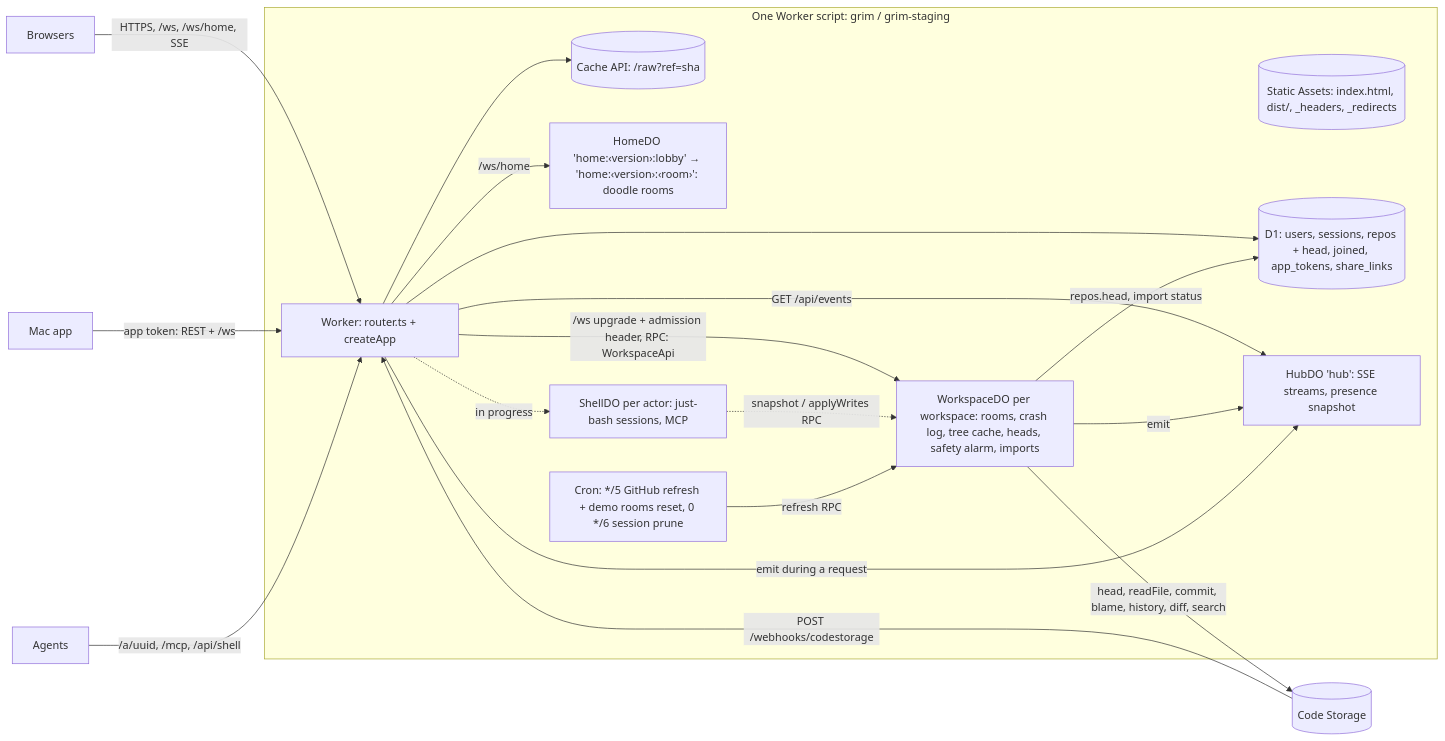
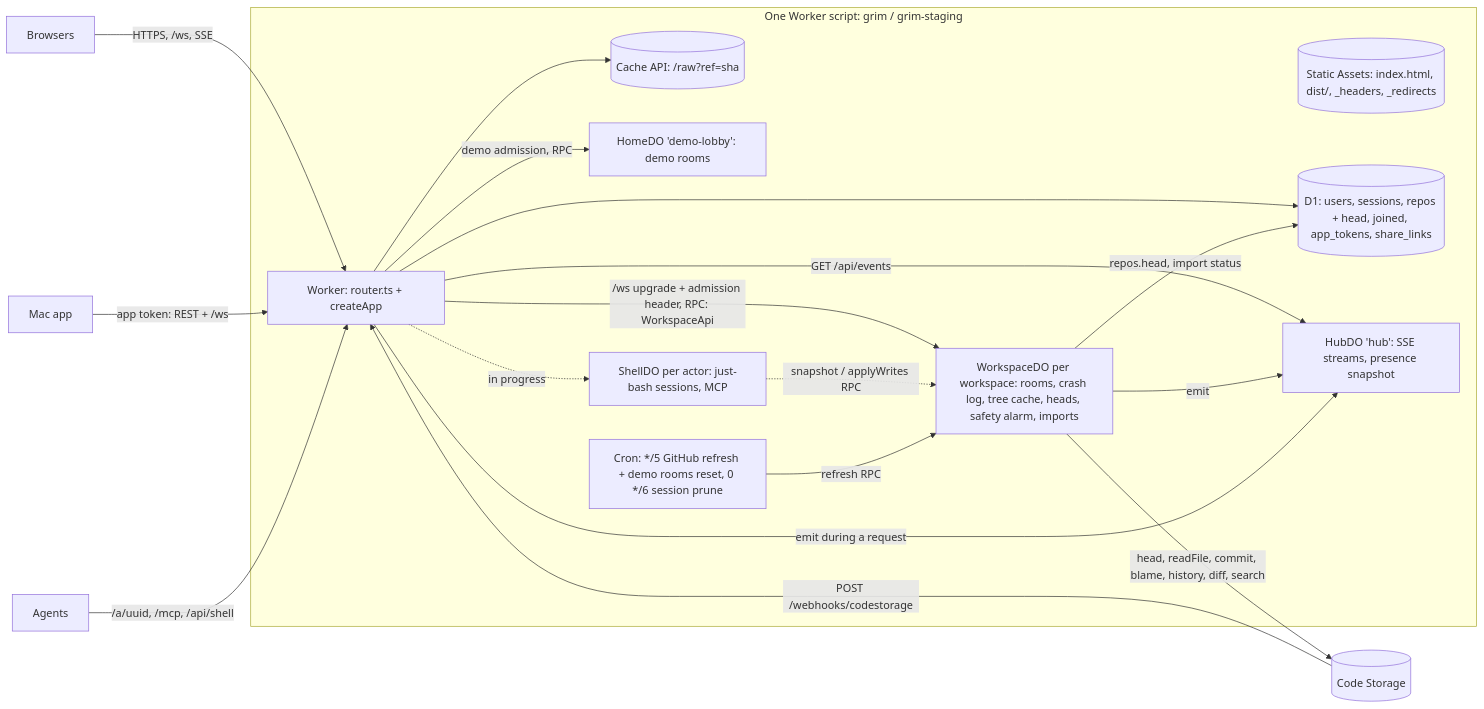
The diagram in docs/06-cloudflare.md (anomalyco/grim), drawn with Mermaid before and after one commit. The commit also changed other lines of this file and 37 other files, not shown here.

````diff
--- a/docs/06-cloudflare.md
+++ b/docs/06-cloudflare.md
@@ -24,25 +24,25 @@
 ```mermaid
 flowchart LR
-  B[Browsers] -->|HTTPS, /ws, /ws/home, SSE| W
+  B[Browsers] -->|HTTPS, /ws, SSE| W
   M[Mac app] -->|app token: REST + /ws| W
   A[Agents] -->|/a/uuid, /mcp, /api/shell| W
   CS[(Code Storage)] -->|POST /webhooks/codestorage| W
 
   subgraph CF[One Worker script: grim / grim-staging]
     SA[(Static Assets: index.html, dist/, _headers, _redirects)]
     W[Worker: router.ts + createApp]
     W --> C[(Cache API: /raw?ref=sha)]
     W --> D1[(D1: users, sessions, repos + head, joined, app_tokens, share_links)]
     W -->|/ws upgrade + admission header, RPC: WorkspaceApi| WS[WorkspaceDO per workspace: rooms, crash log, tree cache, heads, safety alarm, imports]
     W -->|GET /api/events| H["HubDO 'hub': SSE streams, presence snapshot"]
-    W -->|/ws/home| HD["HomeDO 'home:‹version›:lobby' → 'home:‹version›:‹room›': doodle rooms"]
+    W -->|demo admission, RPC| HD["HomeDO 'demo-lobby': demo rooms"]
     W -. in progress .-> SH[ShellDO per actor: just-bash sessions, MCP]
     WS -->|emit| H
     W -->|emit during a request| H
     SH -. snapshot / applyWrites RPC .-> WS
     CRON[Cron: */5 GitHub refresh + demo rooms reset, 0 */6 session prune] -->|refresh RPC| WS
     WS -->|repos.head, import status| D1
   end
 
   WS -->|head, readFile, commit, blame, history, diff, search| CS
 ```
````
